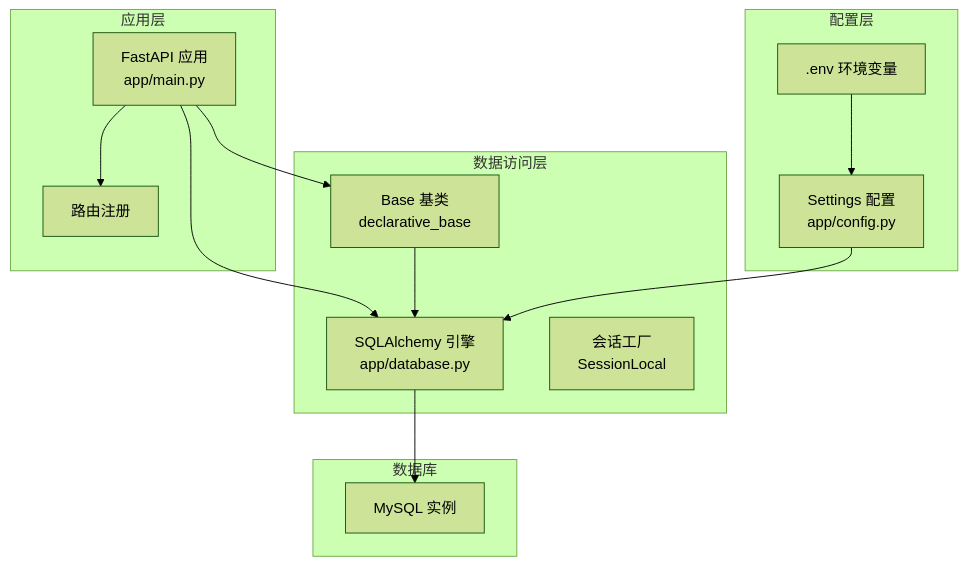
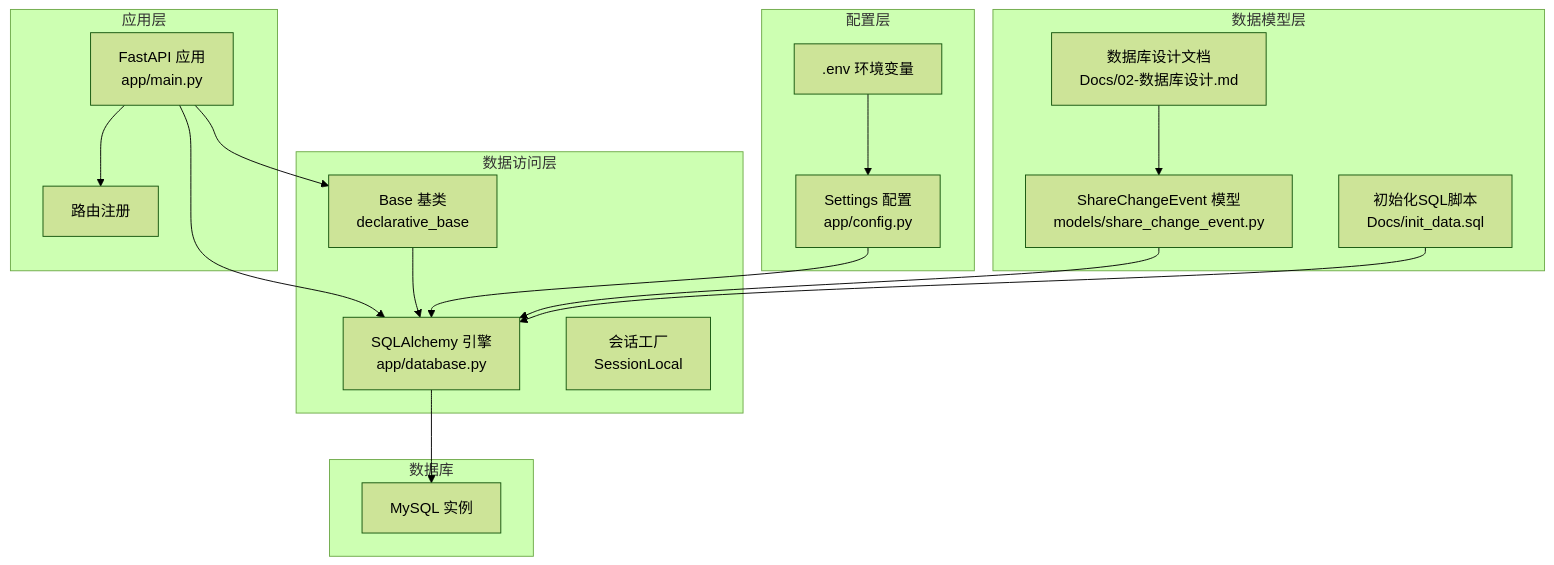
The second of 4 diagrams in .qoder/repowiki/zh/content/开发指南/部署指南/数据库部署.md (gujialind/InvestRing), drawn with Mermaid (forest theme) before and after one commit. The commit also changed other lines of this file and 42 other files, not shown here.

````diff
--- a/.qoder/repowiki/zh/content/开发指南/部署指南/数据库部署.md
+++ b/.qoder/repowiki/zh/content/开发指南/部署指南/数据库部署.md
@@ -92,26 +111,34 @@
 ```mermaid
 graph TB
 subgraph "应用层"
 M["FastAPI 应用<br/>app/main.py"]
 R["路由注册"]
 end
 subgraph "数据访问层"
 D["SQLAlchemy 引擎<br/>app/database.py"]
 S["会话工厂<br/>SessionLocal"]
 B["Base 基类<br/>declarative_base"]
 end
 subgraph "配置层"
 C["Settings 配置<br/>app/config.py"]
 E[".env 环境变量"]
 end
+subgraph "数据模型层"
+SM["ShareChangeEvent 模型<br/>models/share_change_event.py"]
+DD["数据库设计文档<br/>Docs/02-数据库设计.md"]
+IS["初始化SQL脚本<br/>Docs/init_data.sql"]
+end
 subgraph "数据库"
 MYSQL["MySQL 实例"]
 end
 M --> R
 M --> D
 D --> MYSQL
 C --> D
 E --> C
 M --> B
 B --> D
+SM --> D
+DD --> SM
+IS --> D
 ```
````
